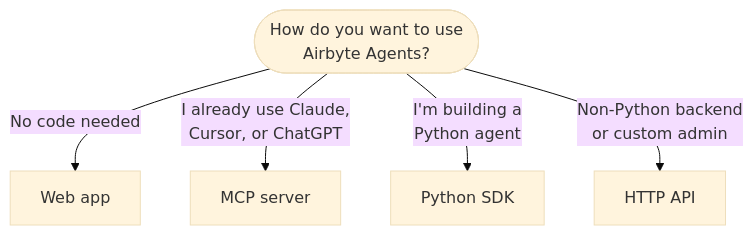
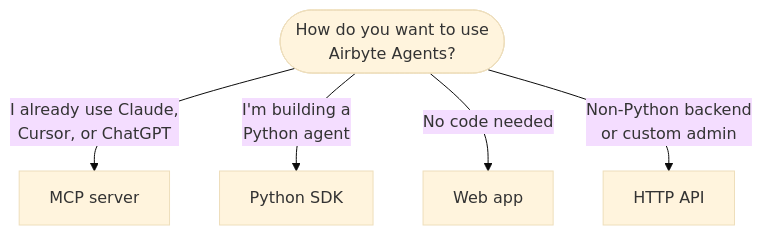
One commit to youngd-lunit/airbyte changed the diagram in docs/ai-agents/get-started/choose-how-to-use.md. Above: the diagram before and after it, drawn with Mermaid (base theme). The commit also changed other lines of this file and 8 other files, not shown here.

````diff
--- a/docs/ai-agents/get-started/choose-how-to-use.md
+++ b/docs/ai-agents/get-started/choose-how-to-use.md
@@ -12,13 +12,13 @@
 ```mermaid
 flowchart TD
     START(["How do you want to use<br/>Airbyte Agents?"])
-    START -->|"No code needed"| WEB["Web app"]
     START -->|"I already use Claude,<br/>Cursor, or ChatGPT"| MCP["MCP server"]
     START -->|"I'm building a<br/>Python agent"| SDK["Python SDK"]
+    START -->|"No code needed"| WEB["Web app"]
     START -->|"Non-Python backend<br/>or custom admin"| API["HTTP API"]
 
-    click WEB "#web-app"
     click MCP "#mcp-server"
     click SDK "#python-sdk"
+    click WEB "#web-app-research-preview"
     click API "#http-api"
 ```
````
